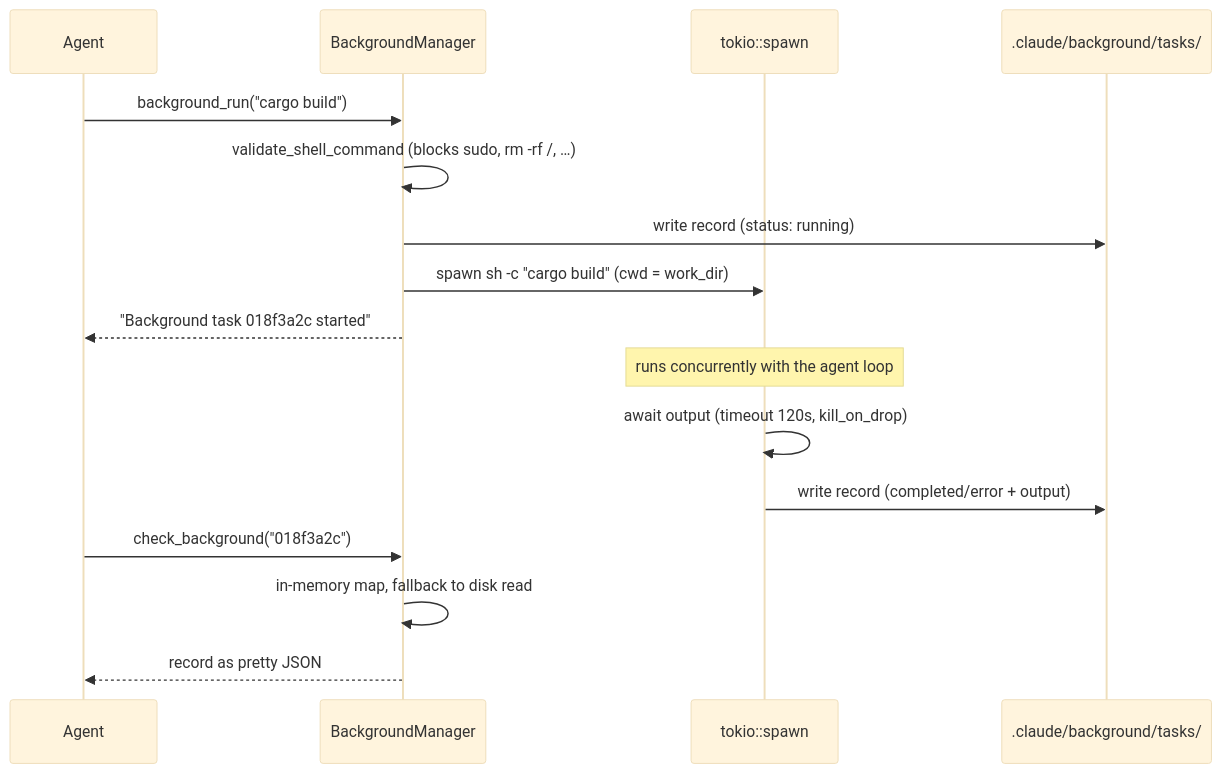
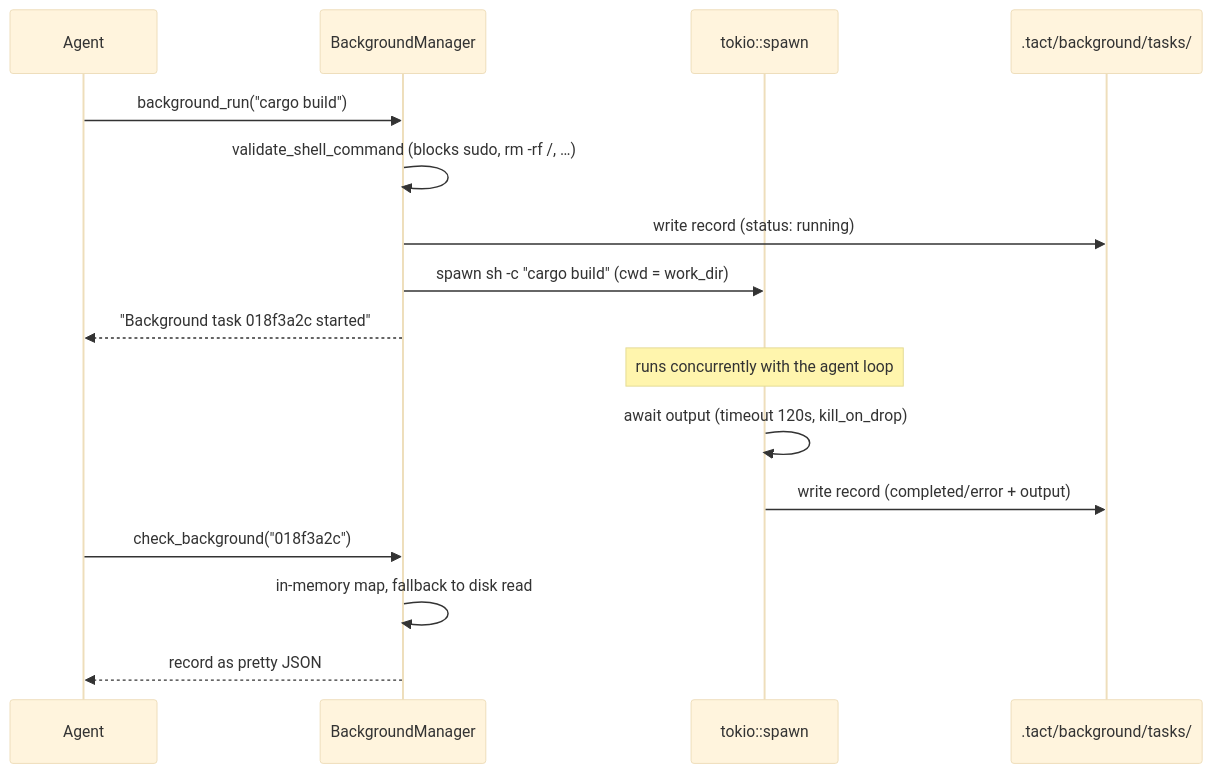
Before and after one commit to rust-infra/tact: the diagram in book/13_chapter_background.md, drawn with Mermaid (base theme). The commit also changed other lines of this file and 83 other files, not shown here.

````diff
--- a/book/13_chapter_background.md
+++ b/book/13_chapter_background.md
@@ -50,22 +50,22 @@
 ```mermaid
 sequenceDiagram
     participant Agent
     participant BM as BackgroundManager
     participant Task as tokio::spawn
-    participant FS as .claude/background/tasks/
+    participant FS as .tact/background/tasks/
 
     Agent->>BM: background_run("cargo build")
     BM->>BM: validate_shell_command (blocks sudo, rm -rf /, …)
     BM->>FS: write record (status: running)
     BM->>Task: spawn sh -c "cargo build" (cwd = work_dir)
     BM-->>Agent: "Background task 018f3a2c started"
 
     Note over Task: runs concurrently with the agent loop
 
     Task->>Task: await output (timeout 120s, kill_on_drop)
     Task->>FS: write record (completed/error + output)
 
     Agent->>BM: check_background("018f3a2c")
     BM->>BM: in-memory map, fallback to disk read
     BM-->>Agent: record as pretty JSON
 ```
````
